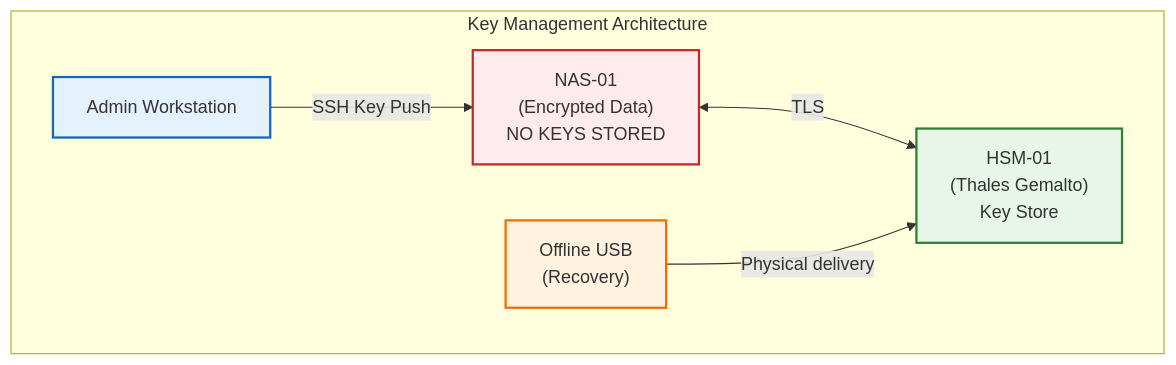
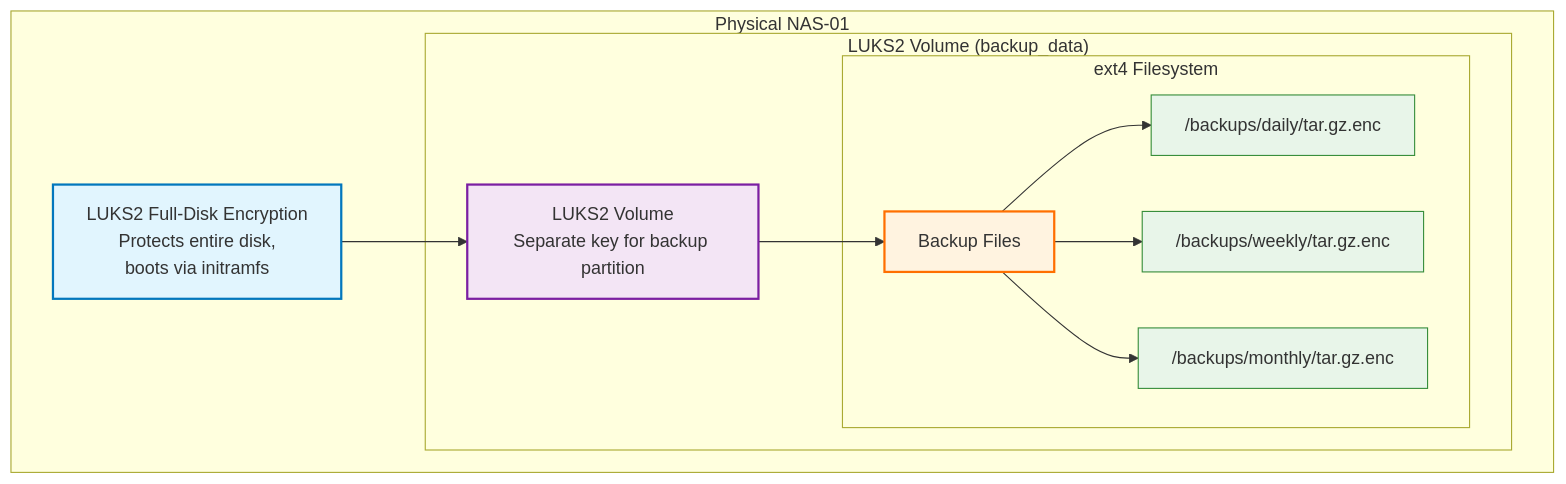
The second of 3 diagrams in blue_team/1x04_crypto_foundation/12-disk_encryption.md (sreilly1977/dlh-cyber_security), drawn with Mermaid before and after one commit.

Commit message:
Edited 12* again again again

````diff
--- a/blue_team/1x04_crypto_foundation/12-disk_encryption.md
+++ b/blue_team/1x04_crypto_foundation/12-disk_encryption.md
@@ -497,18 +497,31 @@
 ```mermaid
 flowchart TB
-    subgraph "Key Management Architecture"
-        NAS["NAS-01<br/>(Encrypted Data)<br/>NO KEYS STORED"]
-        HSM["HSM-01<br/>(Thales Gemalto)<br/>Key Store"]
-        Admin["Admin Workstation"]
-        Recovery["Offline USB<br/>(Recovery)"]
+    subgraph nas["Physical NAS-01"]
+        A["LUKS2 Full-Disk Encryption<br/>Protects entire disk,<br/>boots via initramfs"]
         
-        NAS <-->|TLS| HSM
-        Admin -->|SSH Key Push| NAS
-        Recovery -->|Physical delivery| HSM
+        subgraph "LUKS2 Volume (backup_data)"
+            B["LUKS2 Volume<br/>Separate key for backup partition"]
+            
+            subgraph "ext4 Filesystem"
+                C["Backup Files"]
+                
+                D["/backups/daily/tar.gz.enc"]
+                E["/backups/weekly/tar.gz.enc"]
+                F["/backups/monthly/tar.gz.enc"]
+            end
+        end
     end
     
-    style NAS fill:#ffebee,stroke:#c62828,stroke-width:2px
-    style HSM fill:#e8f5e9,stroke:#2e7d32,stroke-width:2px
-    style Admin fill:#e3f2fd,stroke:#1565c0,stroke-width:2px
-    style Recovery fill:#fff3e0,stroke:#ef6c00,stroke-width:2px
+    A --> B
+    B --> C
+    C --> D
+    C --> E
+    C --> F
+    
+    style A fill:#e1f5fe,stroke:#0277bd,stroke-width:2px
+    style B fill:#f3e5f5,stroke:#7b1fa2,stroke-width:2px
+    style C fill:#fff3e0,stroke:#ff6f00,stroke-width:2px
+    style D fill:#e8f5e9,stroke:#388e3c,stroke-width:1px
+    style E fill:#e8f5e9,stroke:#388e3c,stroke-width:1px
+    style F fill:#e8f5e9,stroke:#388e3c,stroke-width:1px
 ```
````
